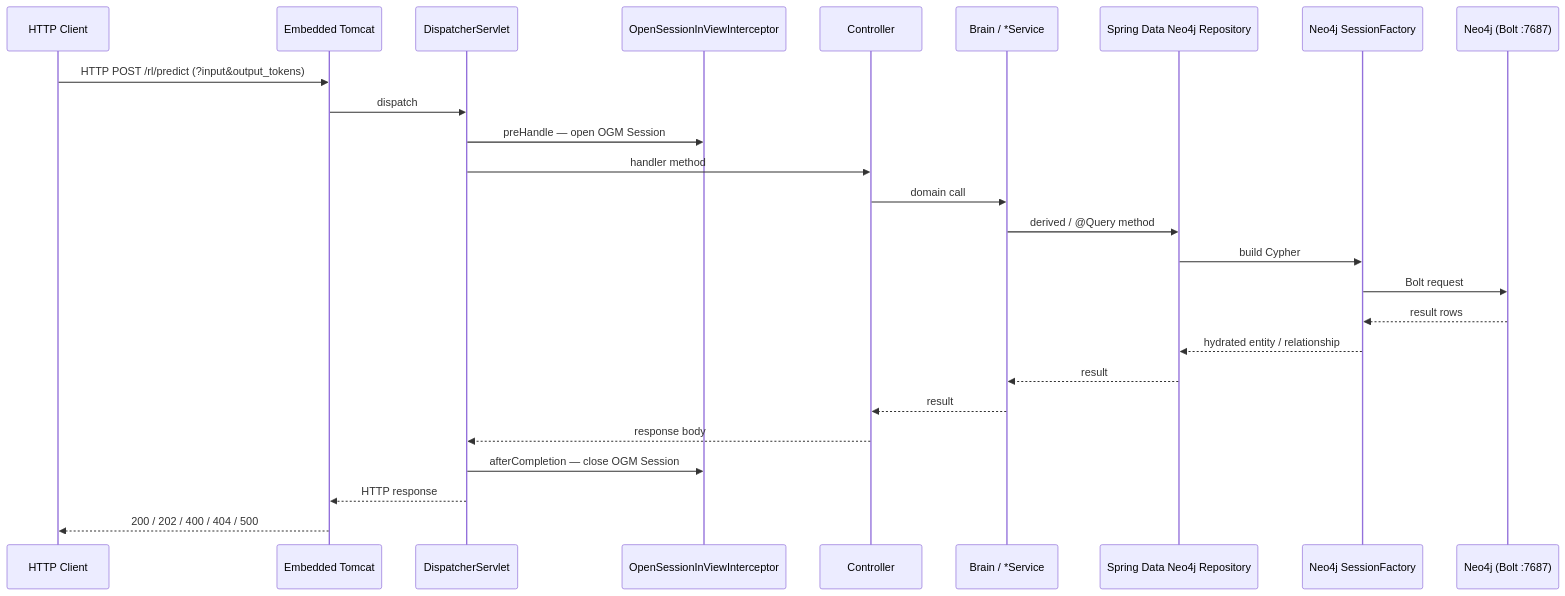
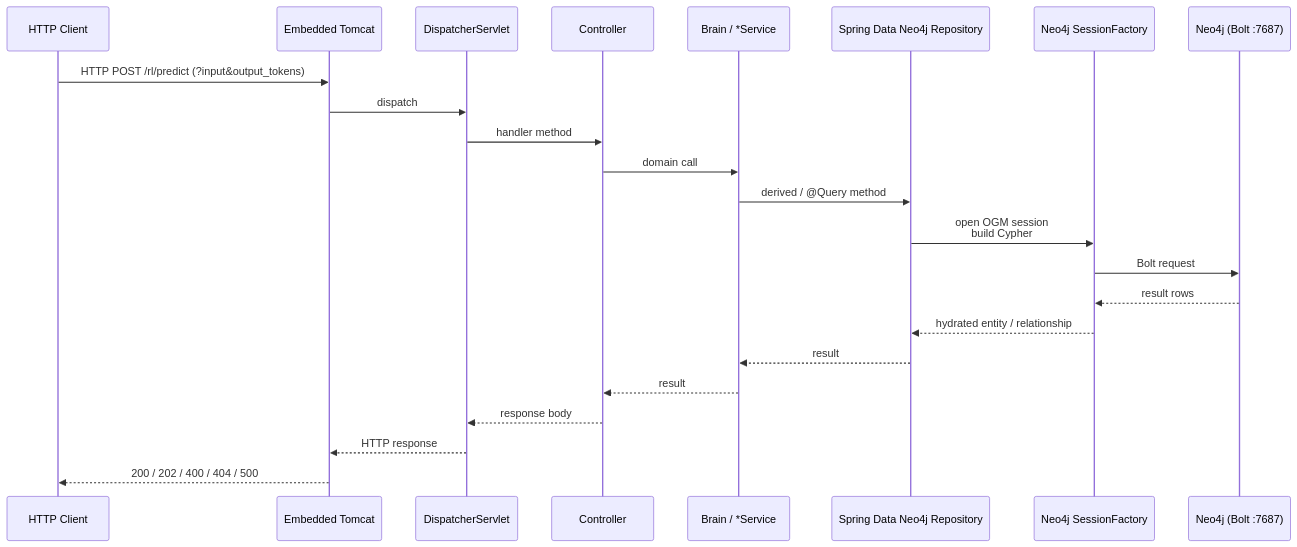
The fourth of 15 diagrams in docs/ARCHITECTURE.md (brandonkindred/Deepthought), drawn with Mermaid before and after one commit. The commit also changed other lines of this file, not shown here.

First line of the commit message:
docs: correct OSIV claim in ARCHITECTURE

````diff
--- a/docs/ARCHITECTURE.md
+++ b/docs/ARCHITECTURE.md
@@ -243,29 +243,26 @@
 ```mermaid
 sequenceDiagram
     participant C as HTTP Client
     participant Tomcat as Embedded Tomcat
     participant DS as DispatcherServlet
-    participant OSV as OpenSessionInViewInterceptor
     participant Ctl as Controller
     participant Svc as Brain / *Service
     participant Repo as Spring Data Neo4j Repository
     participant SF as Neo4j SessionFactory
     participant N as Neo4j (Bolt :7687)
 
     C->>Tomcat: HTTP POST /rl/predict (?input&output_tokens)
     Tomcat->>DS: dispatch
-    DS->>OSV: preHandle — open OGM Session
     DS->>Ctl: handler method
     Ctl->>Svc: domain call
     Svc->>Repo: derived / @Query method
-    Repo->>SF: build Cypher
+    Repo->>SF: open OGM session<br/>build Cypher
     SF->>N: Bolt request
     N-->>SF: result rows
     SF-->>Repo: hydrated entity / relationship
     Repo-->>Svc: result
     Svc-->>Ctl: result
     Ctl-->>DS: response body
-    DS->>OSV: afterCompletion — close OGM Session
     DS-->>Tomcat: HTTP response
     Tomcat-->>C: 200 / 202 / 400 / 404 / 500
 ```
````
